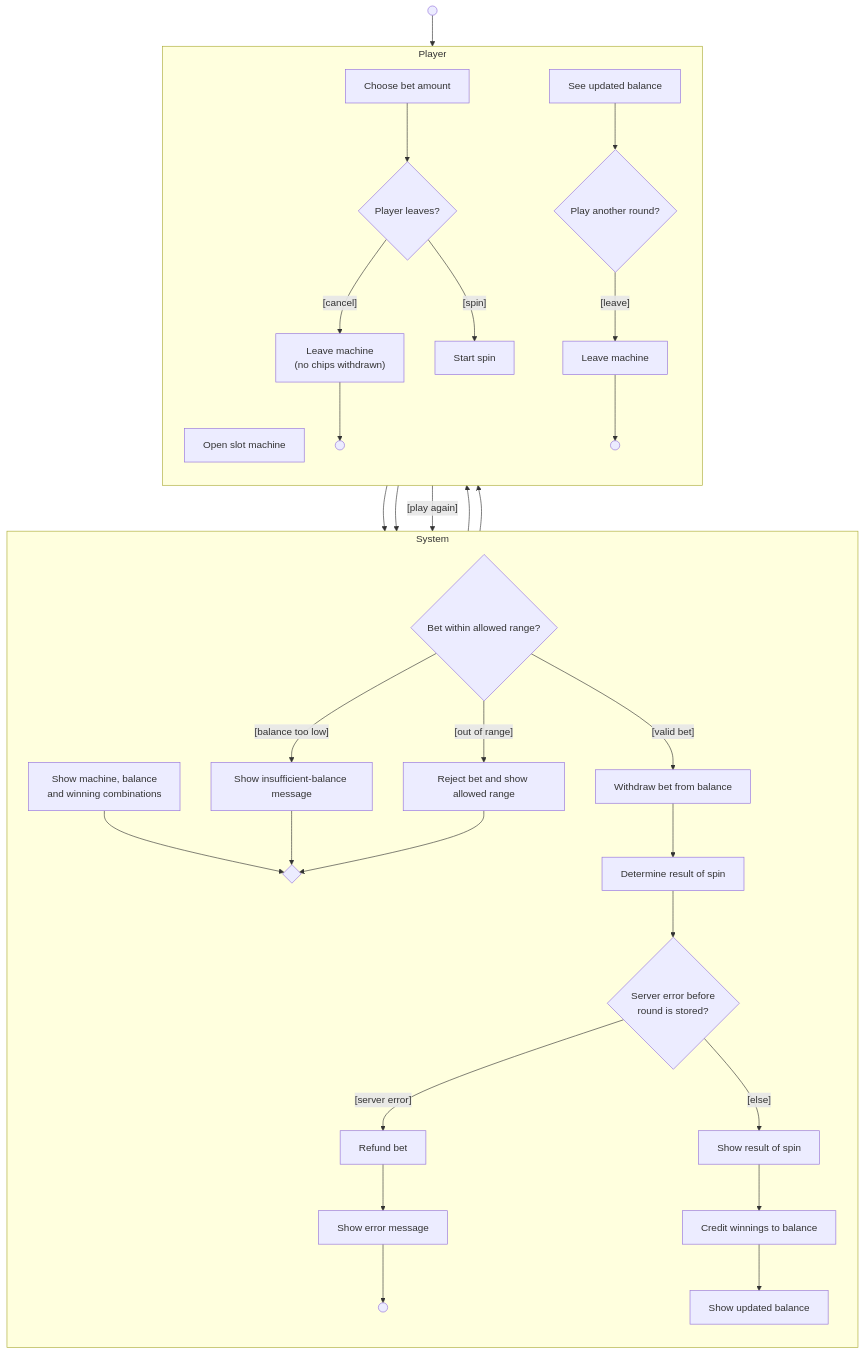
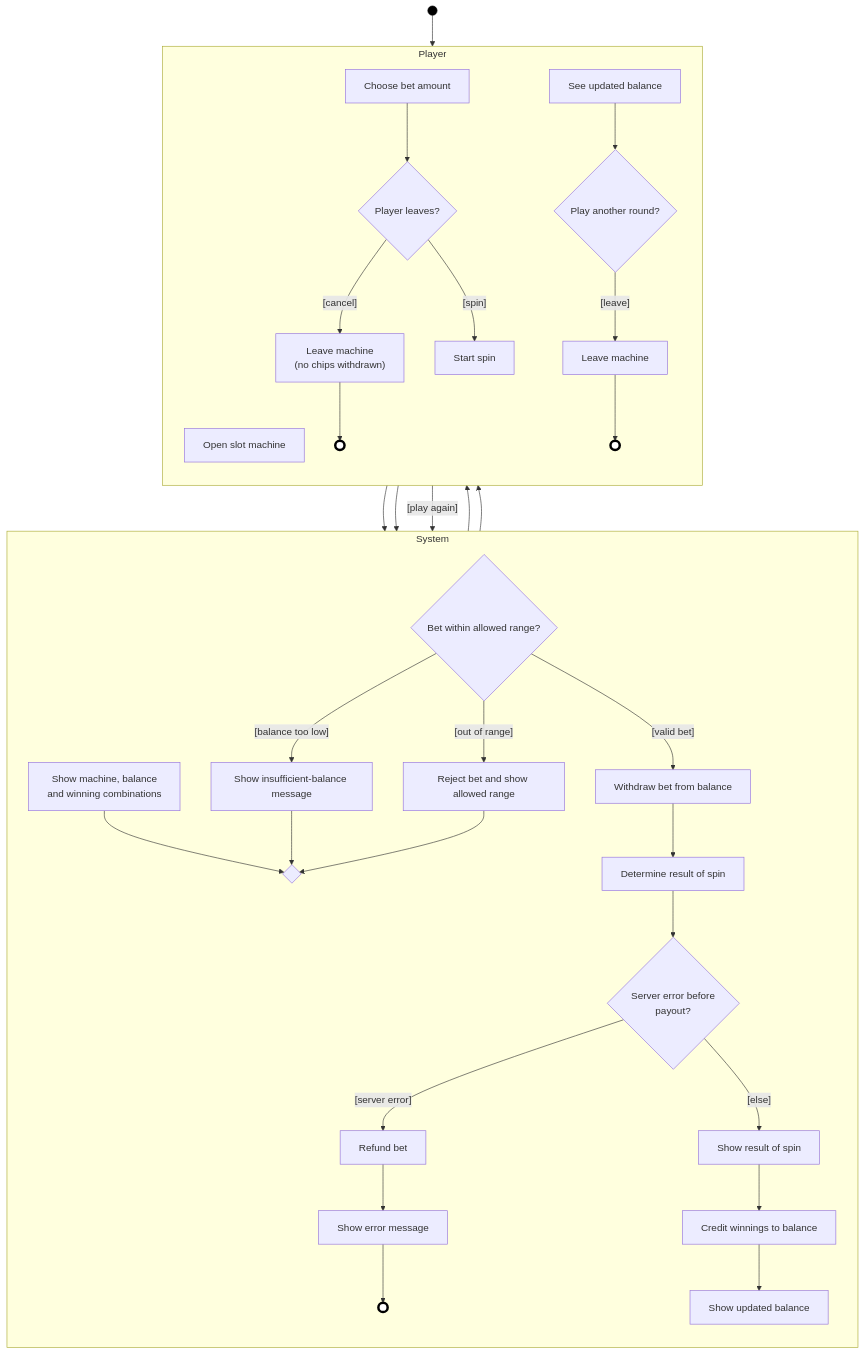
The diagram in docs/diagrams/UCR-03_Activity-diagram.md (deadbeef-alo/CloverStack), drawn with Mermaid before and after one commit. The commit also changed 1 other file, not shown here.

Commit message:
more clean up for display on git

````diff
--- a/docs/diagrams/UCR-03_Activity-diagram.md
+++ b/docs/diagrams/UCR-03_Activity-diagram.md
@@ -1,49 +1,52 @@
 ```mermaid
 flowchart TB
     S((" ")):::init
 
     subgraph System
         direction TB
         B["Show machine, balance<br/>and winning combinations"]
         M{" "}
         D3{"Bet within allowed range?"}
         R1["Show insufficient-balance message"]
         R2["Reject bet and show allowed range"]
         W["Withdraw bet from balance"]
         F["Determine result of spin"]
-        G{"Server error before<br/>round is stored?"}
+        G{"Server error before<br/>payout?"}
         H["Refund bet"]
         I["Show error message"]
         J["Credit winnings to balance"]
         N["Show result of spin"]
         O["Show updated balance"]
         END2((" ")):::final
     end
 
     subgraph Player
         direction TB
         A["Open slot machine"]
         C["Choose bet amount"]
         D{"Player leaves?"}
         L1["Leave machine<br/>(no chips withdrawn)"]
         E["Start spin"]
         P["See updated balance"]
         Q{"Play another round?"}
         L2["Leave machine"]
 	    END1((" ")):::final
 	    END3((" ")):::final    
     end
 
     S --> A --> B --> M
     M --> C --> D
     D -- "[cancel]" --> L1 --> END1
     D -- "[spin]" --> E --> D3
     D3 -- "[balance too low]" --> R1 --> M
     
     D3 -- "[out of range]" --> R2 --> M
     D3 -- "[valid bet]" --> W --> F --> G
     G -- "[server error]" --> H --> I --> END2
     G -- "[else]" --> N --> J --> O --> P --> Q
     Q -- "[play again]" --> M
     Q -- "[leave]" --> L2 --> END3
+    
+    classDef init fill:#000,stroke:#000 
+    classDef final fill:#fff,stroke:#000,stroke-width:4px
 ```
````
